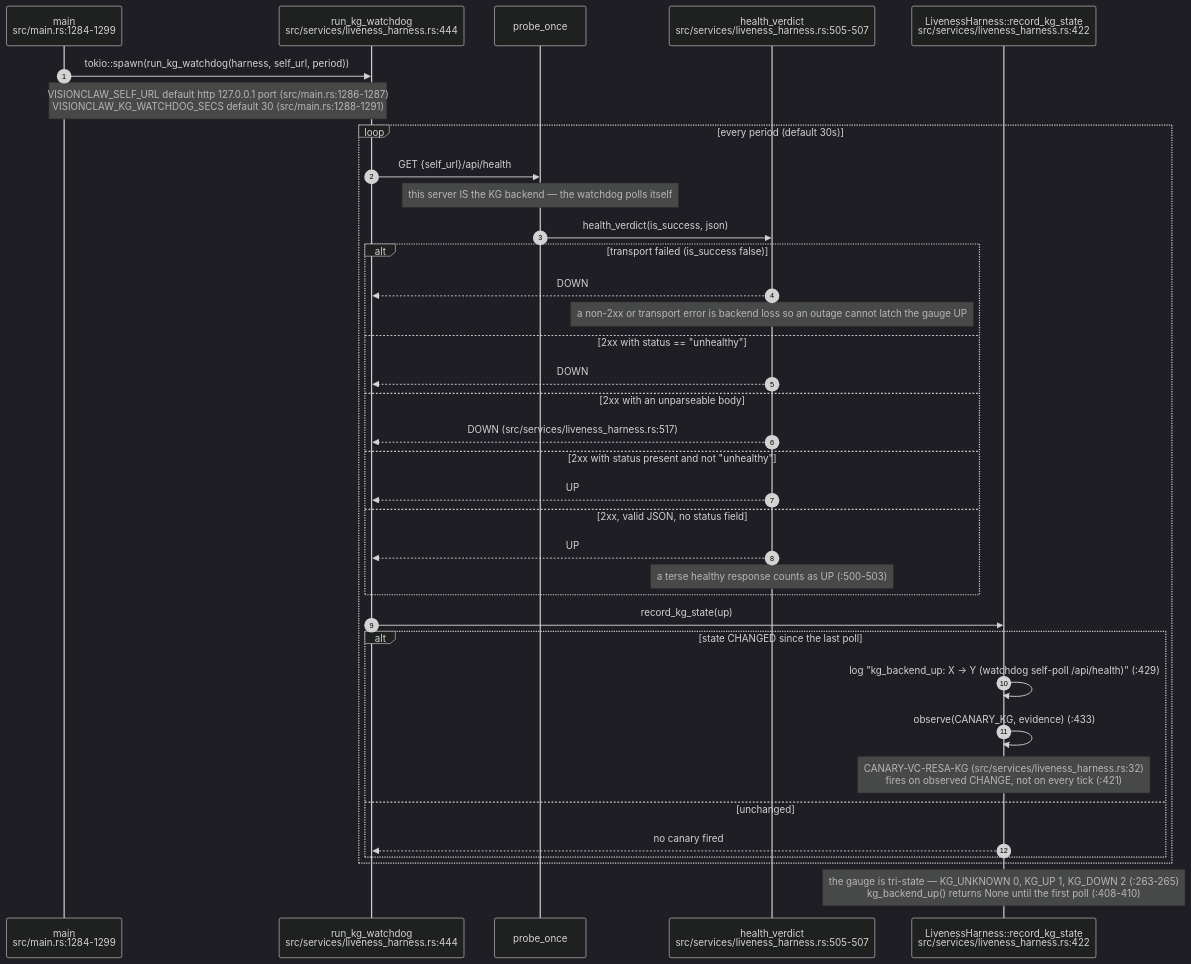
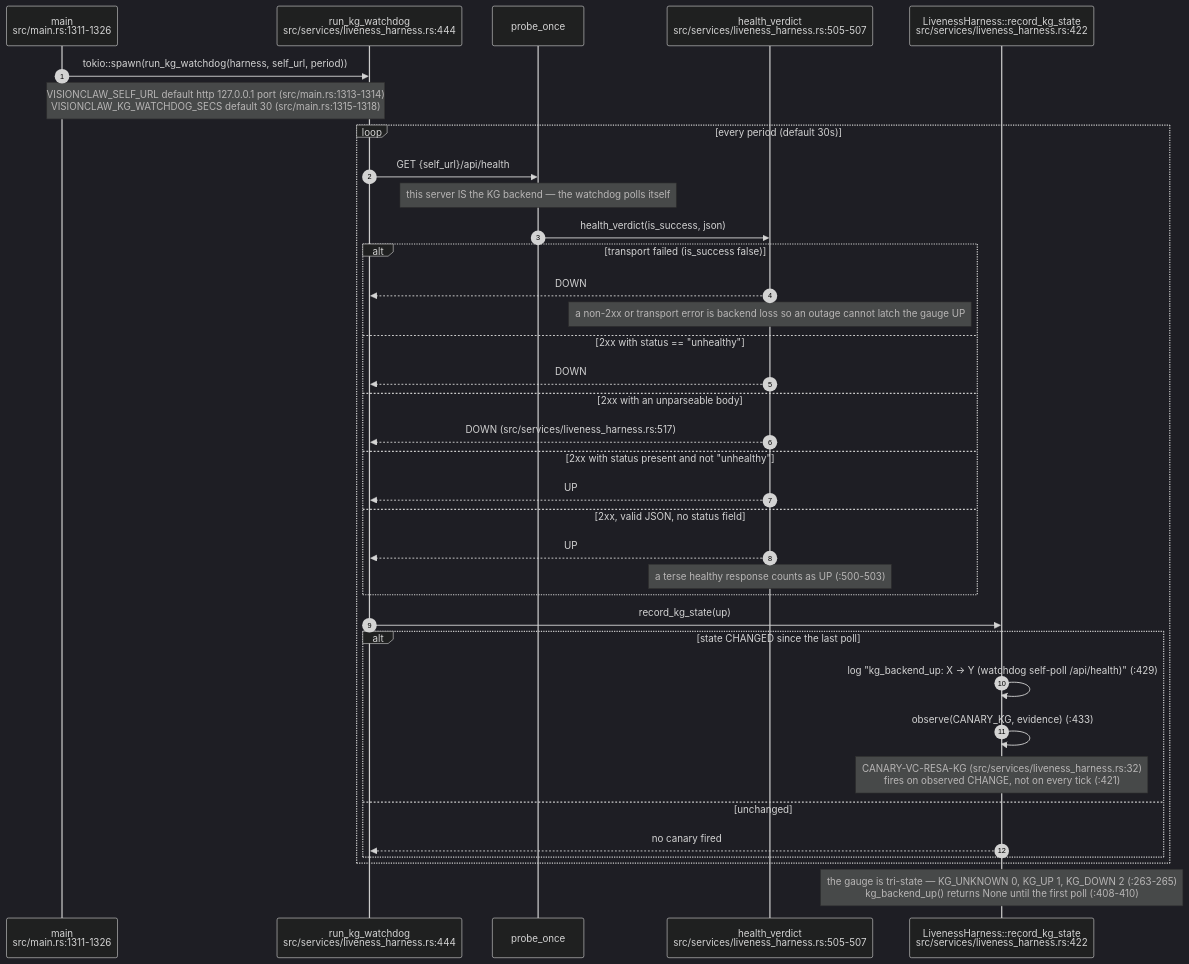
The second of 9 diagrams in docs/diagrams/visionclaw/08-observability-health-and-dev-loop.md (DreamLab-AI/VisionFlow), drawn with Mermaid (dark theme) before and after one commit. The commit also changed other lines of this file and 46 other files, not shown here.

Commit message:
docs(diagrams): re-verify VisionClaw topics at 809a859aa/a950f4d80 after the consolidation pass

````diff
--- a/docs/diagrams/visionclaw/08-observability-health-and-dev-loop.md
+++ b/docs/diagrams/visionclaw/08-observability-health-and-dev-loop.md
@@ -76,39 +79,39 @@
 ```mermaid
 sequenceDiagram
     autonumber
-    participant M as main<br/>src/main.rs:1284-1299
+    participant M as main<br/>src/main.rs:1311-1326
     participant W as run_kg_watchdog<br/>src/services/liveness_harness.rs:444
     participant P as probe_once
     participant V as health_verdict<br/>src/services/liveness_harness.rs:505-507
     participant H as LivenessHarness::record_kg_state<br/>src/services/liveness_harness.rs:422
 
     M->>W: tokio::spawn(run_kg_watchdog(harness, self_url, period))
-    Note over M,W: VISIONCLAW_SELF_URL default http 127.0.0.1 port (src/main.rs:1286-1287)<br/>VISIONCLAW_KG_WATCHDOG_SECS default 30 (src/main.rs:1288-1291)
+    Note over M,W: VISIONCLAW_SELF_URL default http 127.0.0.1 port (src/main.rs:1313-1314)<br/>VISIONCLAW_KG_WATCHDOG_SECS default 30 (src/main.rs:1315-1318)
     loop every period (default 30s)
         W->>P: GET {self_url}/api/health
         Note over P: this server IS the KG backend — the watchdog polls itself
         P->>V: health_verdict(is_success, json)
         alt transport failed (is_success false)
             V-->>W: DOWN
             Note over V: a non-2xx or transport error is backend loss so an outage cannot latch the gauge UP
         else 2xx with status == "unhealthy"
             V-->>W: DOWN
         else 2xx with an unparseable body
             V-->>W: DOWN (src/services/liveness_harness.rs:517)
         else 2xx with status present and not "unhealthy"
             V-->>W: UP
         else 2xx, valid JSON, no status field
             V-->>W: UP
             Note over V: a terse healthy response counts as UP (:500-503)
         end
         W->>H: record_kg_state(up)
         alt state CHANGED since the last poll
             H->>H: log "kg_backend_up: X -> Y (watchdog self-poll /api/health)" (:429)
             H->>H: observe(CANARY_KG, evidence) (:433)
             Note over H: CANARY-VC-RESA-KG (src/services/liveness_harness.rs:32)<br/>fires on observed CHANGE, not on every tick (:421)
         else unchanged
             H-->>W: no canary fired
         end
     end
     Note over H: the gauge is tri-state — KG_UNKNOWN 0, KG_UP 1, KG_DOWN 2 (:263-265)<br/>kg_backend_up() returns None until the first poll (:408-410)
 ```
````
